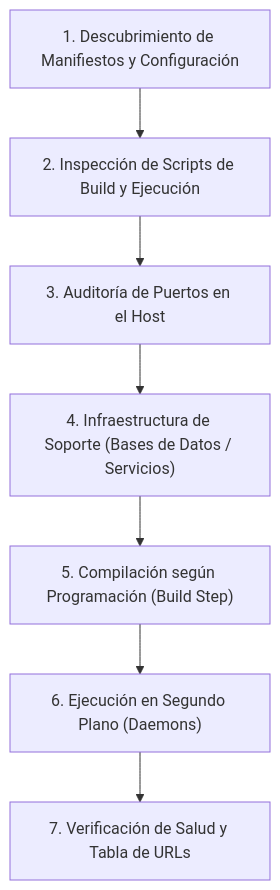
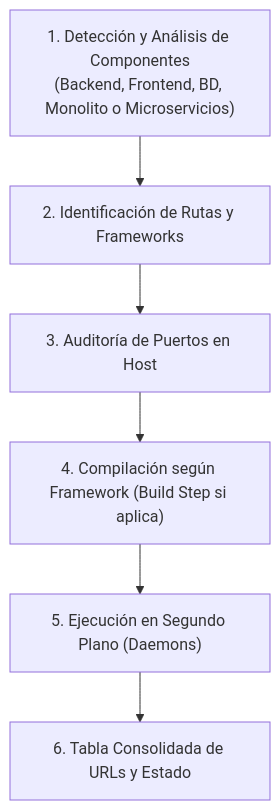
The diagram in .agents/skills/init-servers/SKILL.md (Thebetus7/SW2-P2-CINEv2-26-2), drawn with Mermaid before and after one commit. The commit also changed other lines of this file and 67 other files, not shown here.

````diff
--- a/.agents/skills/init-servers/SKILL.md
+++ b/.agents/skills/init-servers/SKILL.md
@@ -22,9 +24,8 @@
 ```mermaid
 flowchart TD
-    Discovery["1. Descubrimiento de Manifiestos y Configuración"] --> Inspect["2. Inspección de Scripts de Build y Ejecución"]
-    Inspect --> AuditPorts["3. Auditoría de Puertos en el Host"]
-    Infra --> Compile["5. Compilación según Programación (Build Step)"]
-    AuditPorts --> Infra["4. Infraestructura de Soporte (Bases de Datos / Servicios)"]
-    Compile --> Launch["6. Ejecución en Segundo Plano (Daemons)"]
-    Launch --> Verify["7. Verificación de Salud y Tabla de URLs"]
+    Scan["1. Detección y Análisis de Componentes<br/>(Backend, Frontend, BD, Monolito o Microservicios)"] --> Locate["2. Identificación de Rutas y Frameworks"]
+    Locate --> CheckPorts["3. Auditoría de Puertos en Host"]
+    CheckPorts --> Compile["4. Compilación según Framework (Build Step si aplica)"]
+    Compile --> Launch["5. Ejecución en Segundo Plano (Daemons)"]
+    Launch --> Status["6. Tabla Consolidada de URLs y Estado"]
 ```
````
